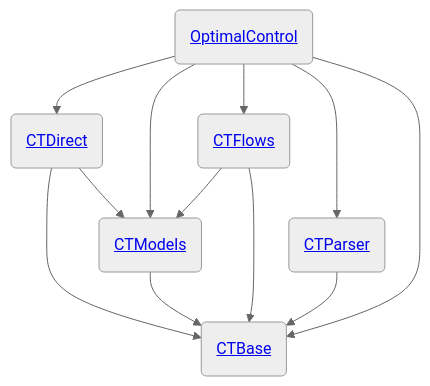
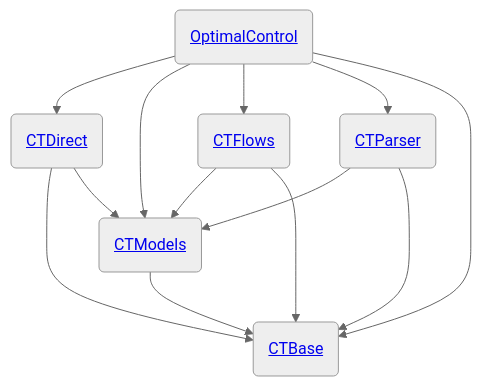
The diagram in profile/README.md (control-toolbox/.github), drawn with Mermaid (neutral theme) before and after one commit.

````diff
--- a/profile/README.md
+++ b/profile/README.md
@@ -62,20 +62,21 @@
 ```mermaid
 flowchart TD
 B(<a href='https://control-toolbox.org/OptimalControl.jl/stable/dev-ctbase.html'>CTBase</a>)
 M(<a href='https://control-toolbox.org/OptimalControl.jl/stable/dev-ctmodels.html'>CTModels</a>)
 P(<a href='https://control-toolbox.org/OptimalControl.jl/stable/dev-ctparser.html'>CTParser</a>)
 O(<a href='https://control-toolbox.org/OptimalControl.jl/stable/dev-optimalcontrol.html'>OptimalControl</a>)
 D(<a href='https://control-toolbox.org/OptimalControl.jl/stable/dev-ctdirect.html'>CTDirect</a>)
 F(<a href='https://control-toolbox.org/OptimalControl.jl/stable/dev-ctflows.html'>CTFlows</a>)
 O --> D
 O --> M
 O --> F
 O --> P
 F --> M
 O --> B
 F --> B
 D --> B
 D --> M
+P --> M
 P --> B
 M --> B
 ```
````
